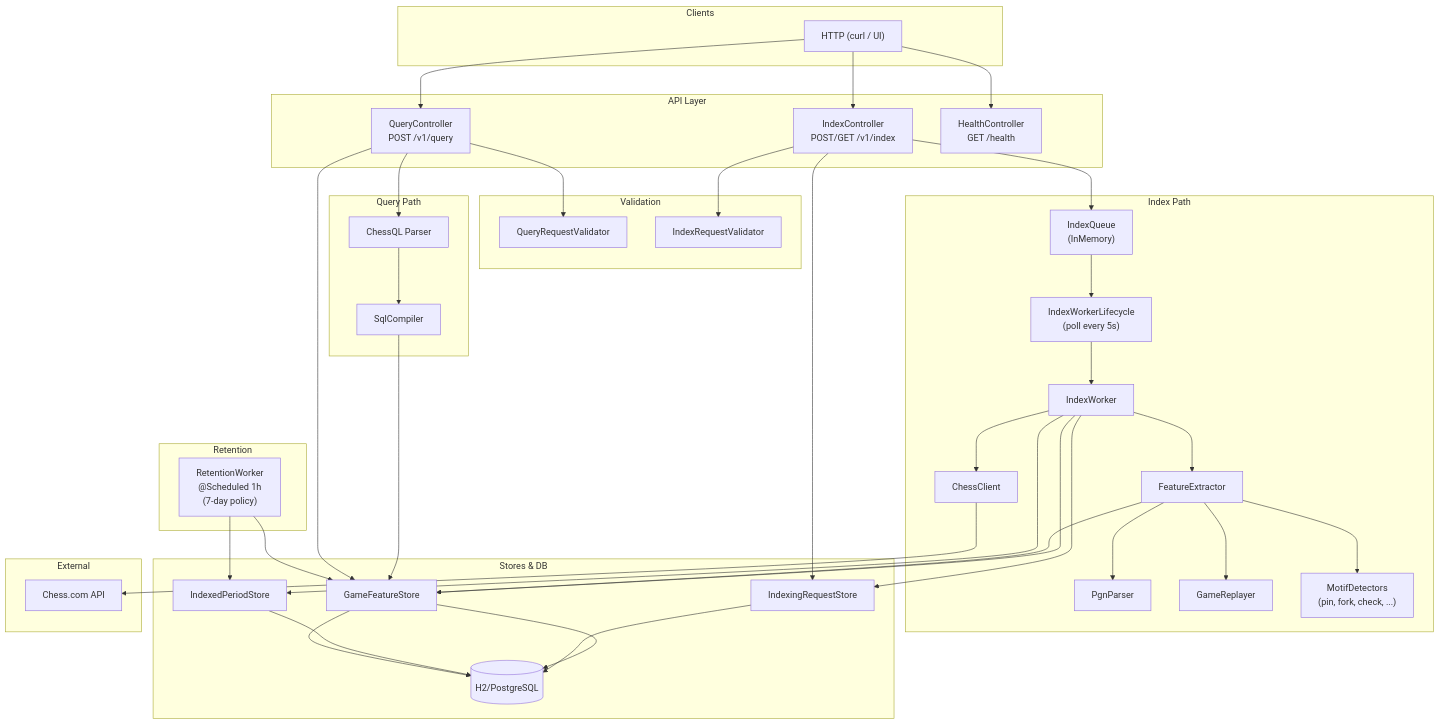
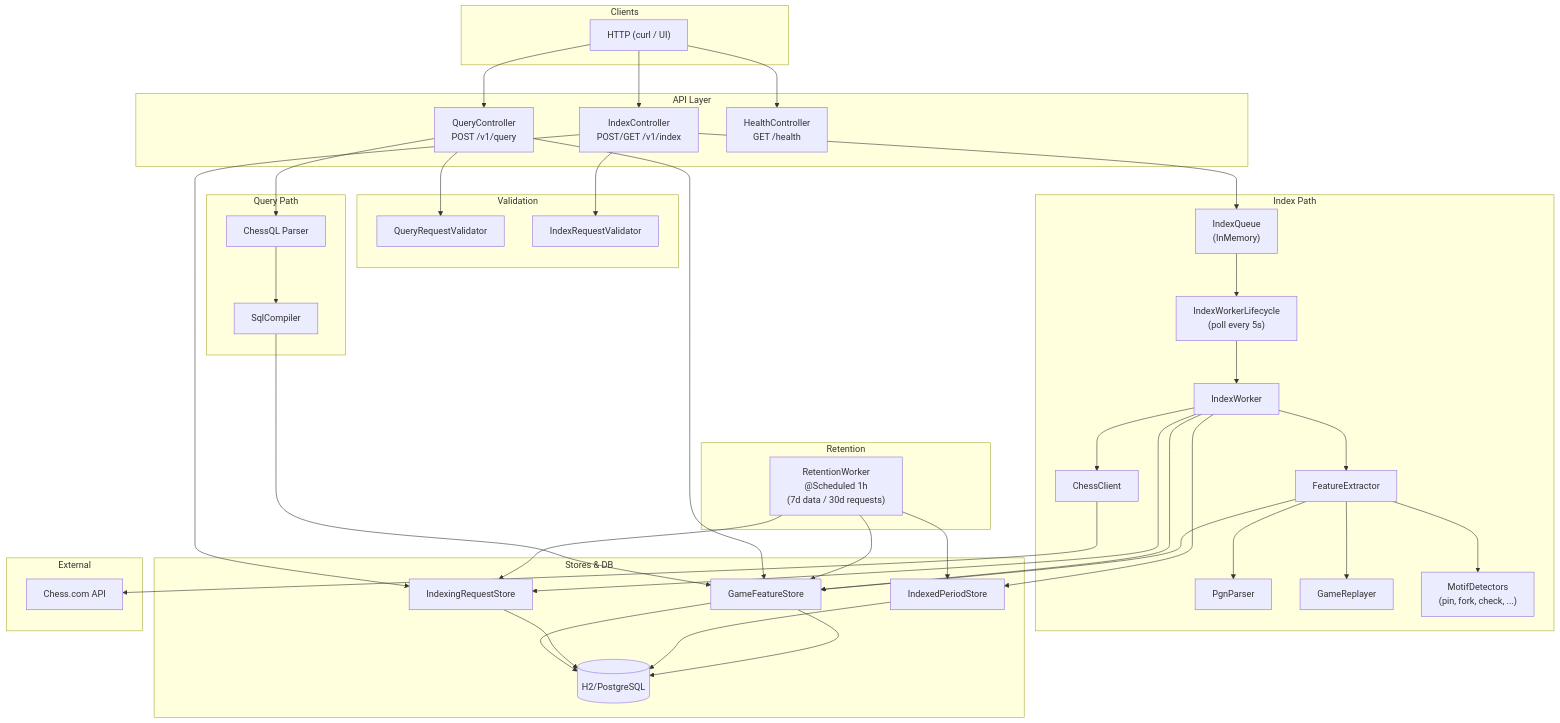
Before and after one commit to muchq/MoonBase: the second of 2 diagrams in domains/games/apis/one_d4/README.md, drawn with Mermaid. The commit also changed other lines of this file and 28 other files, not shown here.

````diff
--- a/domains/games/apis/one_d4/README.md
+++ b/domains/games/apis/one_d4/README.md
@@ -21,80 +21,81 @@
 ```mermaid
 flowchart TB
   subgraph Client["Clients"]
     HTTP["HTTP (curl / UI)"]
   end
 
   subgraph API["API Layer"]
     IndexCtrl["IndexController\nPOST/GET /v1/index"]
     QueryCtrl["QueryController\nPOST /v1/query"]
     HealthCtrl["HealthController\nGET /health"]
   end
 
   subgraph Validation["Validation"]
     QueryVal["QueryRequestValidator"]
     IndexVal["IndexRequestValidator"]
   end
 
   subgraph IndexPath["Index Path"]
     Queue["IndexQueue\n(InMemory)"]
     Lifecycle["IndexWorkerLifecycle\n(poll every 5s)"]
     Worker["IndexWorker"]
     ChessClient["ChessClient"]
     Extractor["FeatureExtractor"]
     PgnParser["PgnParser"]
     Replayer["GameReplayer"]
     Detectors["MotifDetectors\n(pin, fork, check, ...)"]
   end
 
   subgraph QueryPath["Query Path"]
     Parser["ChessQL Parser"]
     Compiler["SqlCompiler"]
   end
 
   subgraph Retention["Retention"]
-    RetentionWorker["RetentionWorker\n@Scheduled 1h\n(7-day policy)"]
+    RetentionWorker["RetentionWorker\n@Scheduled 1h\n(7d data / 30d requests)"]
   end
 
   subgraph Store["Stores & DB"]
     RequestStore["IndexingRequestStore"]
     GameStore["GameFeatureStore"]
     PeriodStore["IndexedPeriodStore"]
     DB[(H2/PostgreSQL)]
   end
 
   subgraph External["External"]
     ChessAPI["Chess.com API"]
   end
 
   HTTP --> IndexCtrl
   HTTP --> QueryCtrl
   HTTP --> HealthCtrl
   IndexCtrl --> IndexVal
   IndexCtrl --> RequestStore
   IndexCtrl --> Queue
   QueryCtrl --> QueryVal
   QueryCtrl --> Parser
   Parser --> Compiler
   Compiler --> GameStore
   QueryCtrl --> GameStore
   GameStore --> DB
   RequestStore --> DB
   PeriodStore --> DB
 
   Queue --> Lifecycle
   Lifecycle --> Worker
   Worker --> ChessClient
   Worker --> RequestStore
   Worker --> PeriodStore
   Worker --> Extractor
   Worker --> GameStore
   ChessClient --> ChessAPI
   Extractor --> PgnParser
   Extractor --> Replayer
   Extractor --> Detectors
   Extractor --> GameStore
   GameStore --> DB
 
   RetentionWorker --> GameStore
   RetentionWorker --> PeriodStore
+  RetentionWorker --> RequestStore
 ```
````
